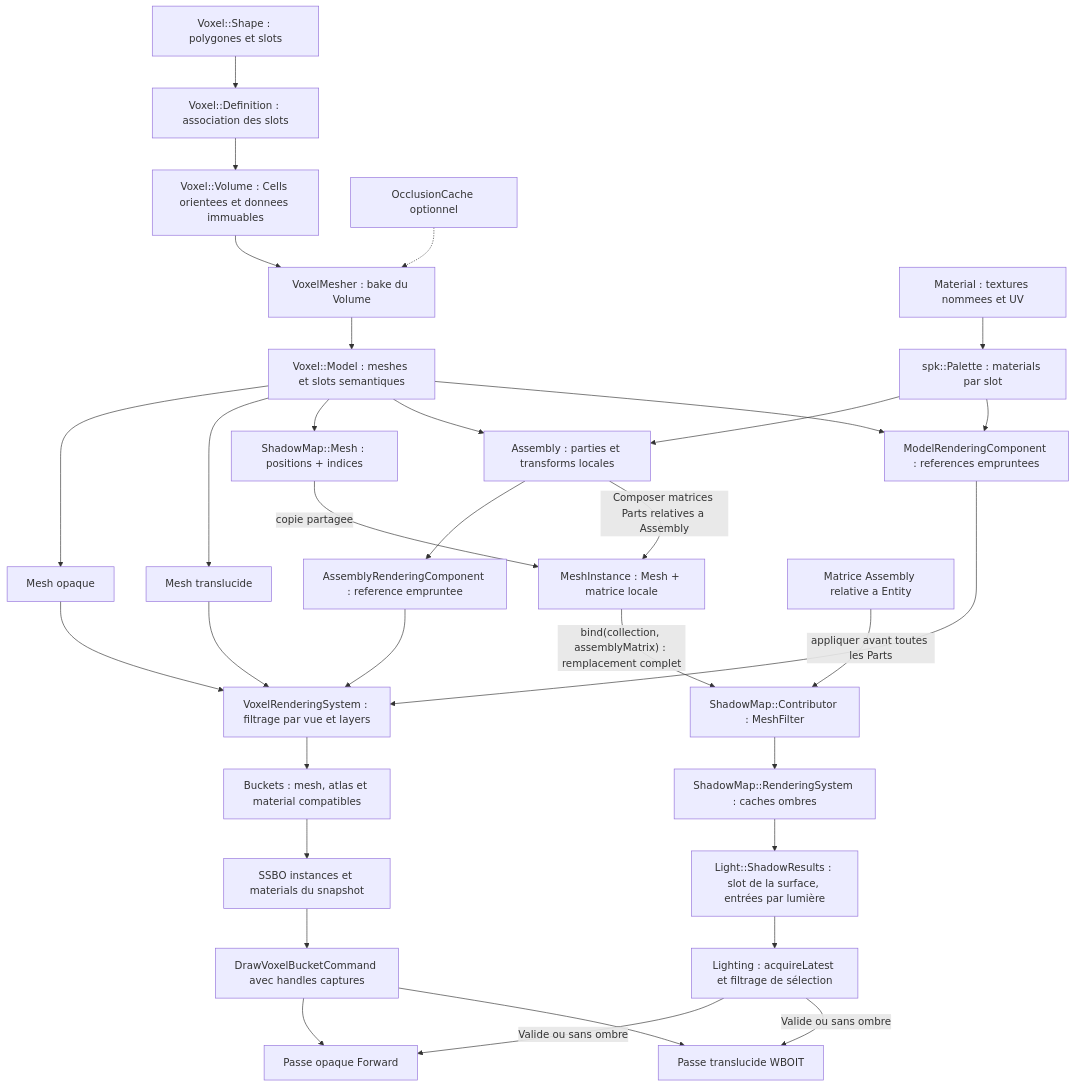
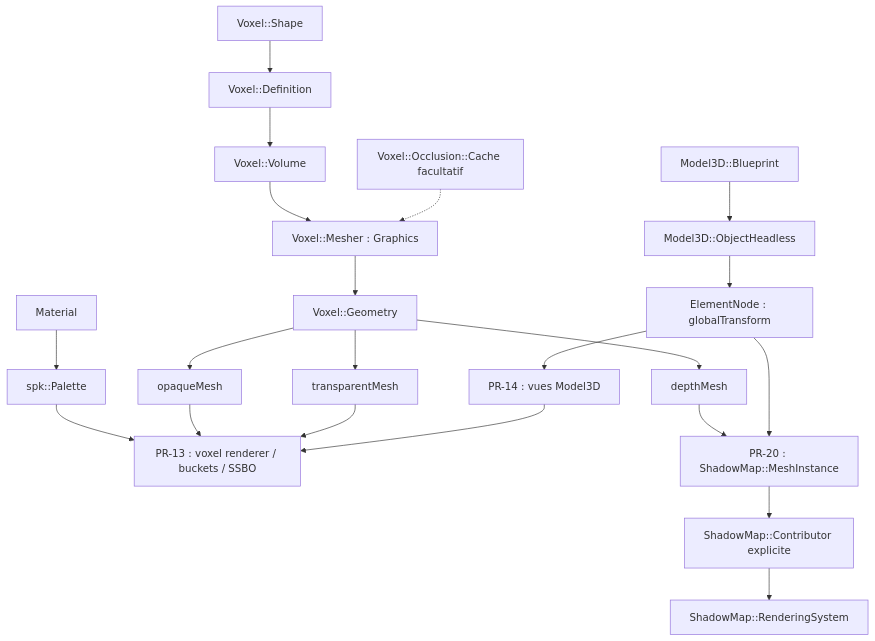
Before and after one commit to EreliaStudio/Sparkle: diagram 20 of 20 in docs/voxel-engine-v0.1.4/08-lumieres-et-ombres.md, drawn with Mermaid. The commit also changed other lines of this file and 3 other files, not shown here.

Commit message:
docs: update shadow-map contracts and plan PR13/14 around Model3D and voxel Geometry

````diff
--- a/docs/voxel-engine-v0.1.4/08-lumieres-et-ombres.md
+++ b/docs/voxel-engine-v0.1.4/08-lumieres-et-ombres.md
@@ -801,35 +786,21 @@
 ```mermaid
 flowchart TD
-    Shape["Voxel::Shape : polygones et slots"] --> Definition["Voxel::Definition : association des slots"]
-    Definition --> Volume["Voxel::Volume : Cells orientees et donnees immuables"]
-    Volume --> Mesher["VoxelMesher : bake du Volume"]
-    Occlusion["OcclusionCache optionnel"] -.-> Mesher
-    Mesher --> Model["Voxel::Model : meshes et slots semantiques"]
-    Model --> Opaque["Mesh opaque"]
-    Model --> Translucent["Mesh translucide"]
-    Model --> ShadowDepth["ShadowMap::Mesh : positions + indices"]
-    Material["Material : textures nommees et UV"] --> Palette["spk::Palette : materials par slot"]
-    Model --> Assembly["Assembly : parties et transforms locales"]
-    Palette --> Assembly
-    Model --> ModelComp["ModelRenderingComponent : references empruntees"]
-    Palette --> ModelComp
-    Assembly --> AssemblyComp["AssemblyRenderingComponent : reference empruntee"]
-    ModelComp --> VR["VoxelRenderingSystem : filtrage par vue et layers"]
-    AssemblyComp --> VR
-    Opaque --> VR
-    Translucent --> VR
-    VR --> Buckets["Buckets : mesh, atlas et material compatibles"]
-    Buckets --> SSBO["SSBO instances et materials du snapshot"]
-    SSBO --> Draw["DrawVoxelBucketCommand avec handles captures"]
-    Draw --> Forward["Passe opaque Forward"]
-    Draw --> WBOIT["Passe translucide WBOIT"]
-    ShadowDepth -->|"copie partagee"| MeshPart["MeshInstance : Mesh + matrice locale"]
-    Assembly -->|"Composer matrices Parts relatives a Assembly"| MeshPart
-    AssemblyMatrix["Matrice Assembly relative a Entity"] -->|"appliquer avant toutes les Parts"| Caster["ShadowMap::Contributor : MeshFilter"]
-    MeshPart -->|"bind(collection, assemblyMatrix) : remplacement complet"| Caster
-    Caster --> Shadow["ShadowMap::RenderingSystem : caches ombres"]
-    Shadow --> Out["Light::ShadowResults : slot de la surface, entrées par lumière"]
-    Out --> SurfaceCheck["Lighting : acquireLatest et filtrage de sélection"]
-    SurfaceCheck -->|"Valide ou sans ombre"| Forward
-    SurfaceCheck -->|"Valide ou sans ombre"| WBOIT
+  Shape["Voxel::Shape"] --> Def["Voxel::Definition"] --> Vol["Voxel::Volume"]
+  Vol --> Mesher["Voxel::Mesher : Graphics"] --> Geo["Voxel::Geometry"]
+  Cache["Voxel::Occlusion::Cache facultatif"] -.-> Mesher
+  Geo --> Opaque["opaqueMesh"]
+  Geo --> Transparent["transparentMesh"]
+  Geo --> Depth["depthMesh"]
+  Mat["Material"] --> Palette["spk::Palette"]
+  Palette --> Render["PR-13 : voxel renderer / buckets / SSBO"]
+  Opaque --> Render
+  Transparent --> Render
+  Blueprint["Model3D::Blueprint"] --> Object["Model3D::ObjectHeadless"]
+  Object --> Pose["ElementNode : globalTransform"]
+  Pose --> Articulated["PR-14 : vues Model3D"]
+  Articulated --> Render
+  Depth --> Source["PR-20 : ShadowMap::MeshInstance"]
+  Pose --> Source
+  Source --> Shadow["ShadowMap::Contributor explicite"]
+  Shadow --> ShadowSystem["ShadowMap::RenderingSystem"]
 ```
````
